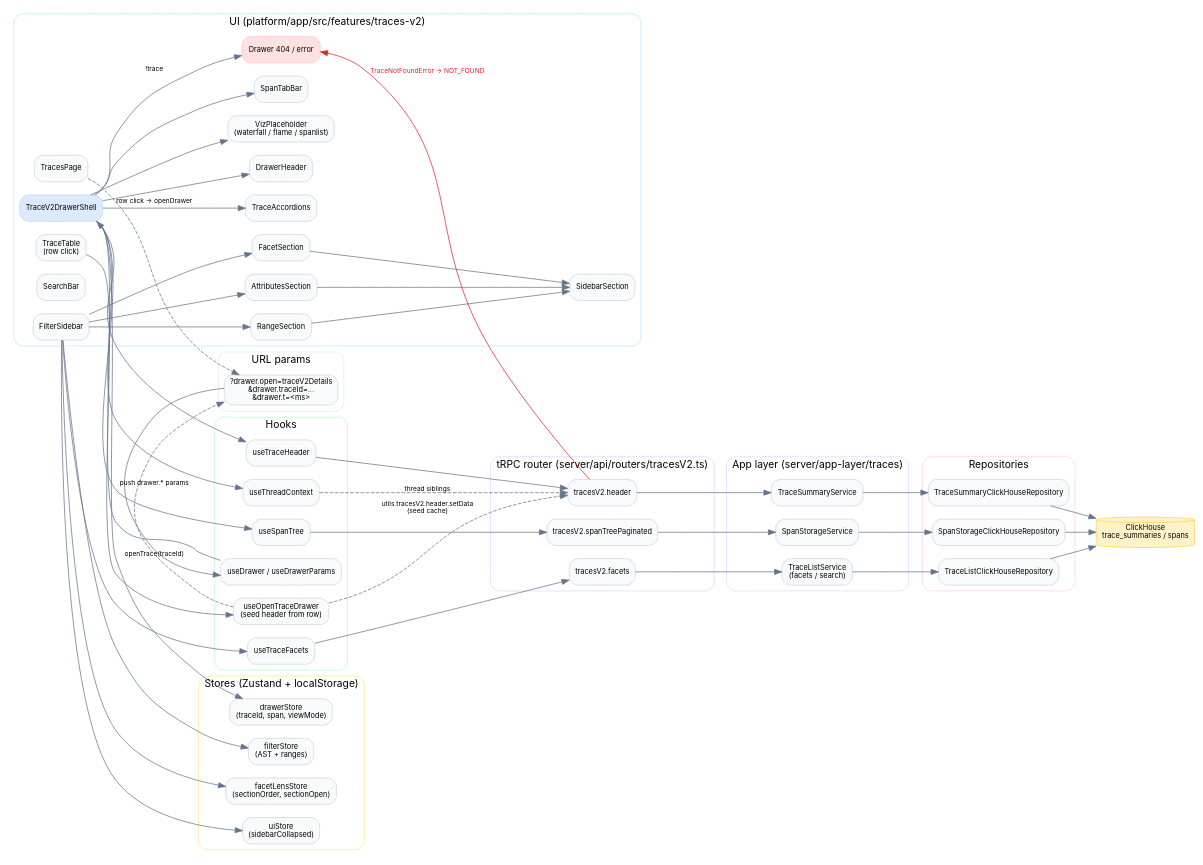
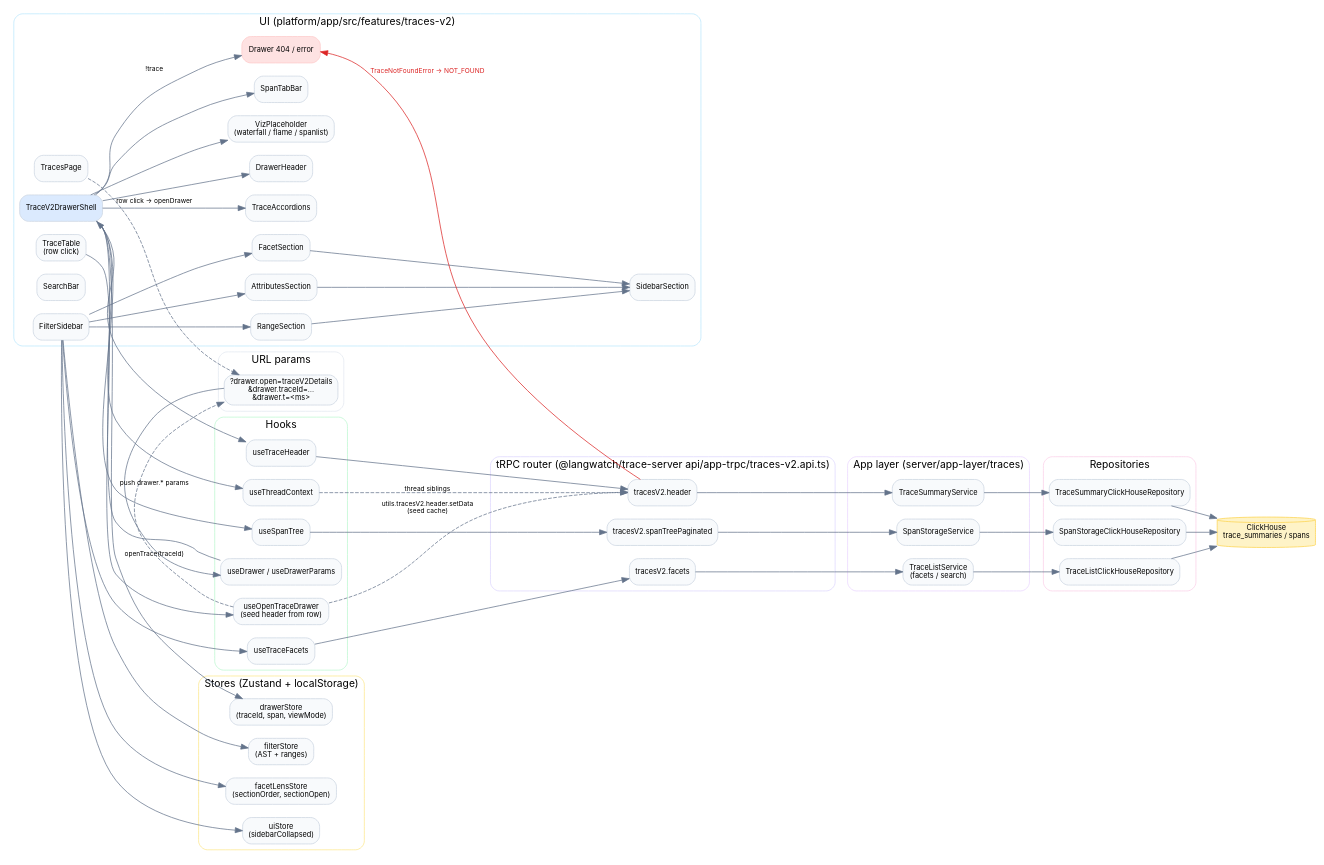
The diagram in platform/app/src/features/traces-v2/docs/trace-architecture.dot (langwatch/langwatch), drawn with Graphviz before and after one commit. The commit also changed 3 other files, not shown here.

```diff
--- a/platform/app/src/features/traces-v2/docs/trace-architecture.dot
+++ b/platform/app/src/features/traces-v2/docs/trace-architecture.dot
@@ -1,155 +1,155 @@
 // Trace drawer + facet sidebar architecture for the traces-v2 feature.
 //
 // Render with:
 //   dot -Tsvg trace-architecture.dot -o trace-architecture.svg
 //
 // Reflects the layout that backs the trace details drawer at
 // `/<project>/traces?drawer.open=traceV2Details&drawer.traceId=...`.
 
 digraph TraceArchitecture {
   rankdir=LR;
   fontname="Inter";
   node  [fontname="Inter", fontsize=10, shape=box, style="rounded,filled", color="#cbd5e1", fillcolor="#f8fafc"];
   edge  [fontname="Inter", fontsize=9, color="#64748b"];
 
   // ────────────────────────────── URL ──────────────────────────────
   subgraph cluster_url {
     label="URL params";
     style="rounded";
     color="#e2e8f0";
     URL [label="?drawer.open=traceV2Details\n&drawer.traceId=…\n&drawer.t=<ms>"];
   }
 
   // ───────────────────────── React surface ─────────────────────────
   subgraph cluster_ui {
     label="UI (platform/app/src/features/traces-v2)";
     style="rounded";
     color="#bae6fd";
 
     TracesPage    [label="TracesPage"];
     TraceTable    [label="TraceTable\n(row click)"];
     FilterSidebar [label="FilterSidebar"];
     SearchBar     [label="SearchBar"];
 
     DrawerShell   [label="TraceV2DrawerShell", fillcolor="#dbeafe"];
     DrawerHeader  [label="DrawerHeader"];
     Viz           [label="VizPlaceholder\n(waterfall / flame / spanlist)"];
     SpanTabBar    [label="SpanTabBar"];
     Accordions    [label="TraceAccordions"];
     EmptyState    [label="Drawer 404 / error", fillcolor="#fee2e2", color="#fecaca"];
 
     FacetSection      [label="FacetSection"];
     RangeSection      [label="RangeSection"];
     AttributesSection [label="AttributesSection"];
     SidebarSection    [label="SidebarSection"];
 
     FilterSidebar -> FacetSection;
     FilterSidebar -> RangeSection;
     FilterSidebar -> AttributesSection;
     FacetSection      -> SidebarSection;
     RangeSection      -> SidebarSection;
     AttributesSection -> SidebarSection;
 
     DrawerShell -> DrawerHeader;
     DrawerShell -> Viz;
     DrawerShell -> SpanTabBar;
     DrawerShell -> Accordions;
     DrawerShell -> EmptyState [label="!trace"];
   }
 
   // ───────────────────────────── Hooks ─────────────────────────────
   subgraph cluster_hooks {
     label="Hooks";
     style="rounded";
     color="#bbf7d0";
 
     useOpen      [label="useOpenTraceDrawer\n(seed header from row)"];
     useHeader    [label="useTraceHeader"];
     useSpanTree  [label="useSpanTree"];
     useFacets    [label="useTraceFacets"];
     useThread    [label="useThreadContext"];
     useDrawer    [label="useDrawer / useDrawerParams"];
   }
 
   // ───────────────────────────── Stores ────────────────────────────
   subgraph cluster_stores {
     label="Stores (Zustand + localStorage)";
     style="rounded";
     color="#fde68a";
 
     DrawerStore  [label="drawerStore\n(traceId, span, viewMode)"];
     FilterStore  [label="filterStore\n(AST + ranges)"];
     LensStore    [label="facetLensStore\n(sectionOrder, sectionOpen)"];
     UIStore      [label="uiStore\n(sidebarCollapsed)"];
   }
 
   // ────────────────────────── Server tRPC ──────────────────────────
   subgraph cluster_trpc {
-    label="tRPC router (server/api/routers/tracesV2.ts)";
+    label="tRPC router (@langwatch/trace-server api/app-trpc/traces-v2.api.ts)";
     style="rounded";
     color="#ddd6fe";
 
     R_header    [label="tracesV2.header"];
     R_spans     [label="tracesV2.spanTreePaginated"];
     R_facets    [label="tracesV2.facets"];
   }
 
   // ──────────────────────────── App layer ──────────────────────────
   subgraph cluster_app {
     label="App layer (server/app-layer/traces)";
     style="rounded";
     color="#e9d5ff";
 
     SummaryService [label="TraceSummaryService"];
     SpansService   [label="SpanStorageService"];
     ListService    [label="TraceListService\n(facets / search)"];
   }
 
   // ────────────────────────── Repositories ─────────────────────────
   subgraph cluster_repo {
     label="Repositories";
     style="rounded";
     color="#fbcfe8";
 
     SummaryRepo [label="TraceSummaryClickHouseRepository"];
     SpansRepo   [label="SpanStorageClickHouseRepository"];
     ListRepo    [label="TraceListClickHouseRepository"];
   }
 
   // ───────────────────────────── Storage ───────────────────────────
   CH [label="ClickHouse\ntrace_summaries / spans", shape=cylinder, fillcolor="#fef3c7", color="#fcd34d"];
 
   // ──────────────────────── Edges: UI → URL ────────────────────────
   TracesPage    -> URL [style=dashed, label="row click → openDrawer"];
   TraceTable    -> useOpen;
   useOpen       -> URL  [style=dashed, label="push drawer.* params"];
   useOpen       -> R_header [style=dashed, label="utils.tracesV2.header.setData\n(seed cache)"];
 
   // URL → drawer
   URL           -> useDrawer;
   useDrawer     -> DrawerShell;
   DrawerShell   -> DrawerStore [label="openTrace(traceId)"];
 
   // ─────────────── UI → hooks → stores / network ────────────────
   DrawerShell   -> useHeader;
   DrawerShell   -> useSpanTree;
   DrawerShell   -> useThread;
 
   useHeader     -> R_header;
   useSpanTree   -> R_spans;
   useThread     -> R_header [style=dashed, label="thread siblings"];
 
   FilterSidebar -> useFacets;
   FilterSidebar -> FilterStore;
   FilterSidebar -> LensStore;
   FilterSidebar -> UIStore;
   useFacets     -> R_facets;
 
   // ────────────────────── tRPC → app layer ──────────────────────
   R_header -> SummaryService -> SummaryRepo -> CH;
   R_spans  -> SpansService   -> SpansRepo   -> CH;
   R_facets -> ListService    -> ListRepo    -> CH;
 
   // ─────────────────────── Error fallback ───────────────────────
   R_header -> EmptyState [color="#dc2626", label="TraceNotFoundError → NOT_FOUND", fontcolor="#dc2626"];
 }
```
